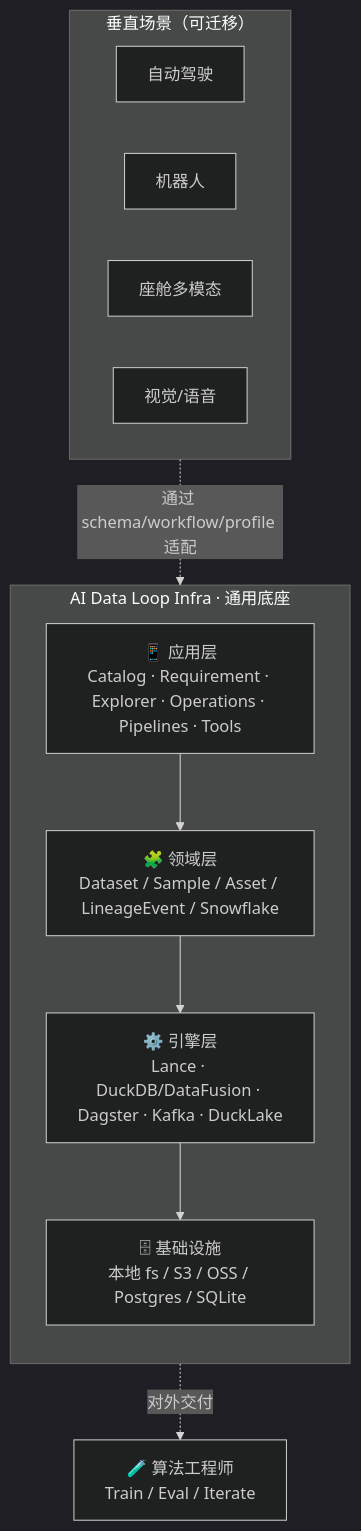
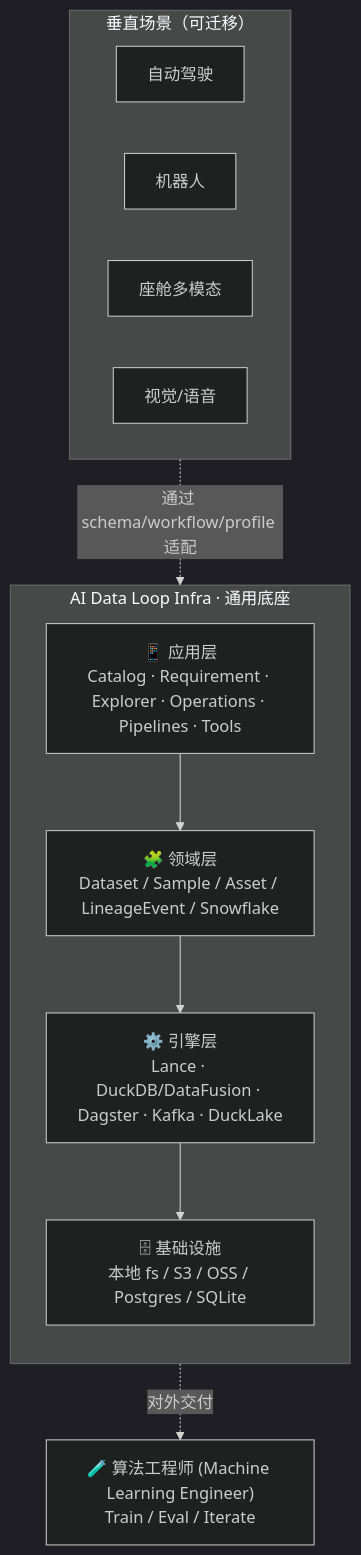
Before and after one commit to gray-cgm/ai-native-data-engine: the first of 4 diagrams in docs/prd/ai-data-loop-infra-prd.md, drawn with Mermaid (dark theme). The commit also changed other lines of this file and 24 other files, not shown here.

````diff
--- a/docs/prd/ai-data-loop-infra-prd.md
+++ b/docs/prd/ai-data-loop-infra-prd.md
@@ -9,21 +9,21 @@
 ```mermaid
 flowchart TB
     subgraph Verticals["垂直场景（可迁移）"]
         V1[自动驾驶]
         V2[机器人]
         V3[座舱多模态]
         V4[视觉/语音]
     end
 
     subgraph Core["AI Data Loop Infra · 通用底座"]
         direction TB
         Apps["📱 应用层<br/>Catalog · Requirement · Explorer · Operations · Pipelines · Tools"]
         Domain["🧩 领域层<br/>Dataset / Sample / Asset / LineageEvent / Snowflake"]
         Engine["⚙️ 引擎层<br/>Lance · DuckDB/DataFusion · Dagster · Kafka · DuckLake"]
         Storage["🗄 基础设施<br/>本地 fs / S3 / OSS / Postgres / SQLite"]
         Apps --> Domain --> Engine --> Storage
     end
 
     Verticals -.通过 schema/workflow/profile 适配.-> Core
-    Core -.对外交付.-> Algo["🧪 算法工程师<br/>Train / Eval / Iterate"]
+    Core -.对外交付.-> MLE["🧪 算法工程师 (Machine Learning Engineer)<br/>Train / Eval / Iterate"]
 ```
````
